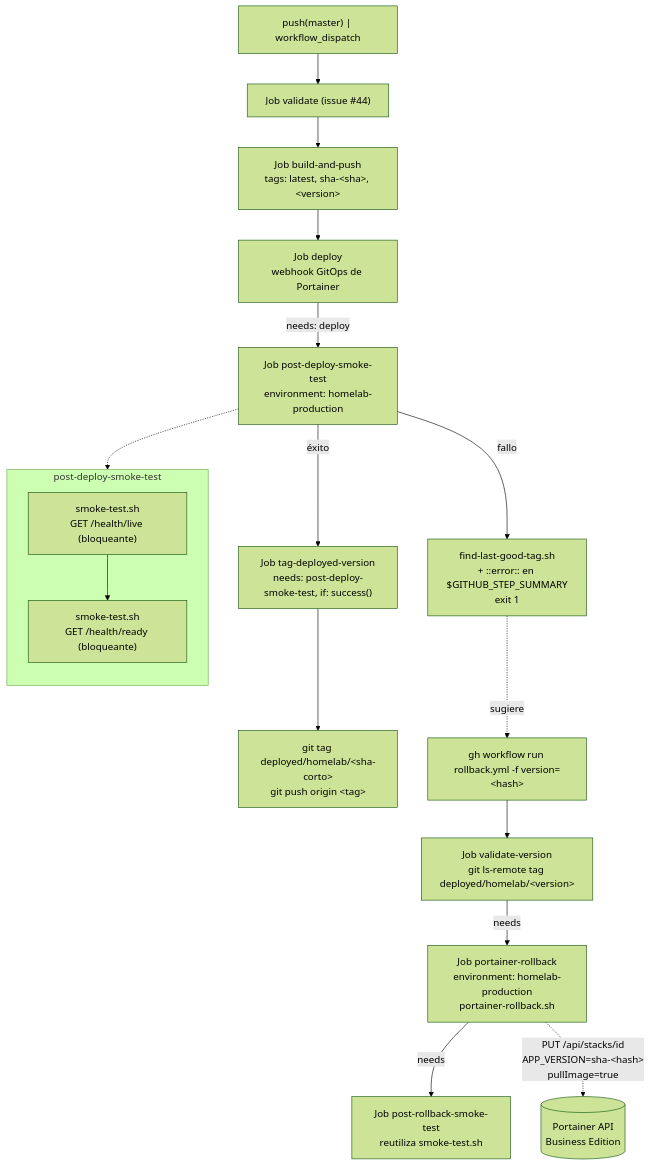
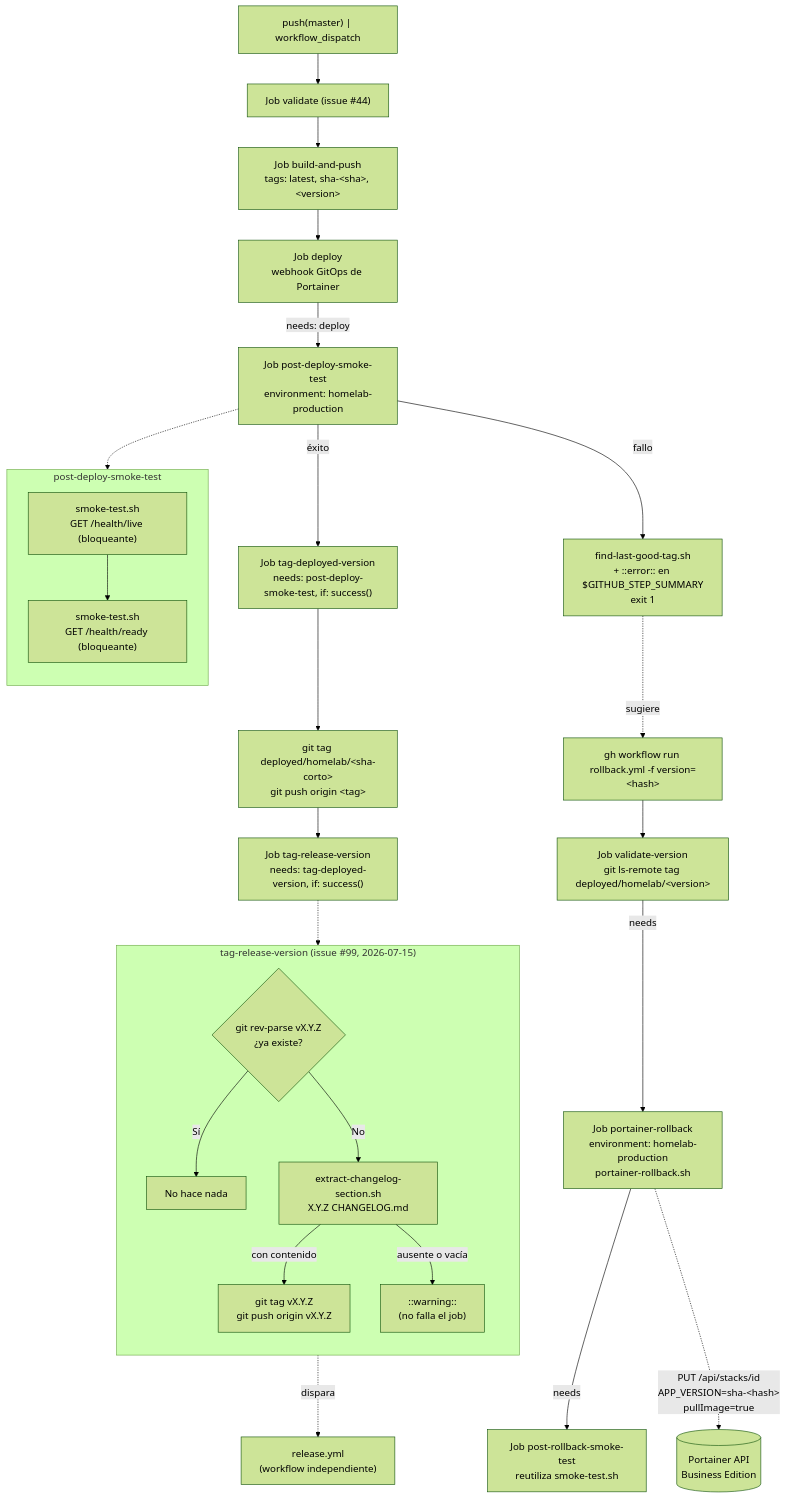
The diagram in docs/technical/diagrams/cicd-pipeline.md (AlejBlasco/SportsClubEventManager), drawn with Mermaid (forest theme) before and after one commit. The commit also changed other lines of this file and 26 other files, not shown here.

````diff
--- a/docs/technical/diagrams/cicd-pipeline.md
+++ b/docs/technical/diagrams/cicd-pipeline.md
@@ -7,28 +7,40 @@
 ```mermaid
 flowchart TD
     Push["push(master) | workflow_dispatch"] --> Validate["Job validate (issue #44)"]
     Validate --> BuildPush["Job build-and-push\ntags: latest, sha-&lt;sha&gt;, &lt;version&gt;"]
     BuildPush --> Deploy["Job deploy\nwebhook GitOps de Portainer"]
 
     Deploy -->|needs: deploy| Smoke["Job post-deploy-smoke-test\nenvironment: homelab-production"]
 
     subgraph Smoke_detail["post-deploy-smoke-test"]
         direction TB
         S1["smoke-test.sh\nGET /health/live (bloqueante)"]
         S2["smoke-test.sh\nGET /health/ready (bloqueante)"]
         S1 --> S2
     end
     Smoke -.-> Smoke_detail
 
     Smoke -->|éxito| Tag["Job tag-deployed-version\nneeds: post-deploy-smoke-test, if: success()"]
     Tag --> GitTag["git tag deployed/homelab/&lt;sha-corto&gt;\ngit push origin &lt;tag&gt;"]
+    GitTag --> TagRelease["Job tag-release-version\nneeds: tag-deployed-version, if: success()"]
+
+    subgraph TagRelease_detail["tag-release-version (issue #99, 2026-07-15)"]
+        direction TB
+        TR1{"git rev-parse vX.Y.Z\n¿ya existe?"}
+        TR1 -->|Sí| TR2["No hace nada"]
+        TR1 -->|No| TR3["extract-changelog-section.sh\nX.Y.Z CHANGELOG.md"]
+        TR3 -->|"con contenido"| TR4["git tag vX.Y.Z\ngit push origin vX.Y.Z"]
+        TR3 -->|"ausente o vacía"| TR5["::warning::\n(no falla el job)"]
+    end
+    TagRelease -.-> TagRelease_detail
+    TR4 -.dispara.-> ReleaseYml["release.yml\n(workflow independiente)"]
 
     Smoke -->|fallo| Report["find-last-good-tag.sh\n+ ::error:: en $GITHUB_STEP_SUMMARY\nexit 1"]
     Report -.sugiere.-> RollbackTrigger["gh workflow run rollback.yml -f version=&lt;hash&gt;"]
 
     RollbackTrigger --> RB1["Job validate-version\ngit ls-remote tag deployed/homelab/&lt;version&gt;"]
     RB1 -->|needs| RB2["Job portainer-rollback\nenvironment: homelab-production\nportainer-rollback.sh"]
     RB2 -->|needs| RB3["Job post-rollback-smoke-test\nreutiliza smoke-test.sh"]
 
     RB2 -.PUT /api/stacks/id\nAPP_VERSION=sha-&lt;hash&gt;\npullImage=true.-> Portainer[("Portainer API\nBusiness Edition")]
 ```
````
